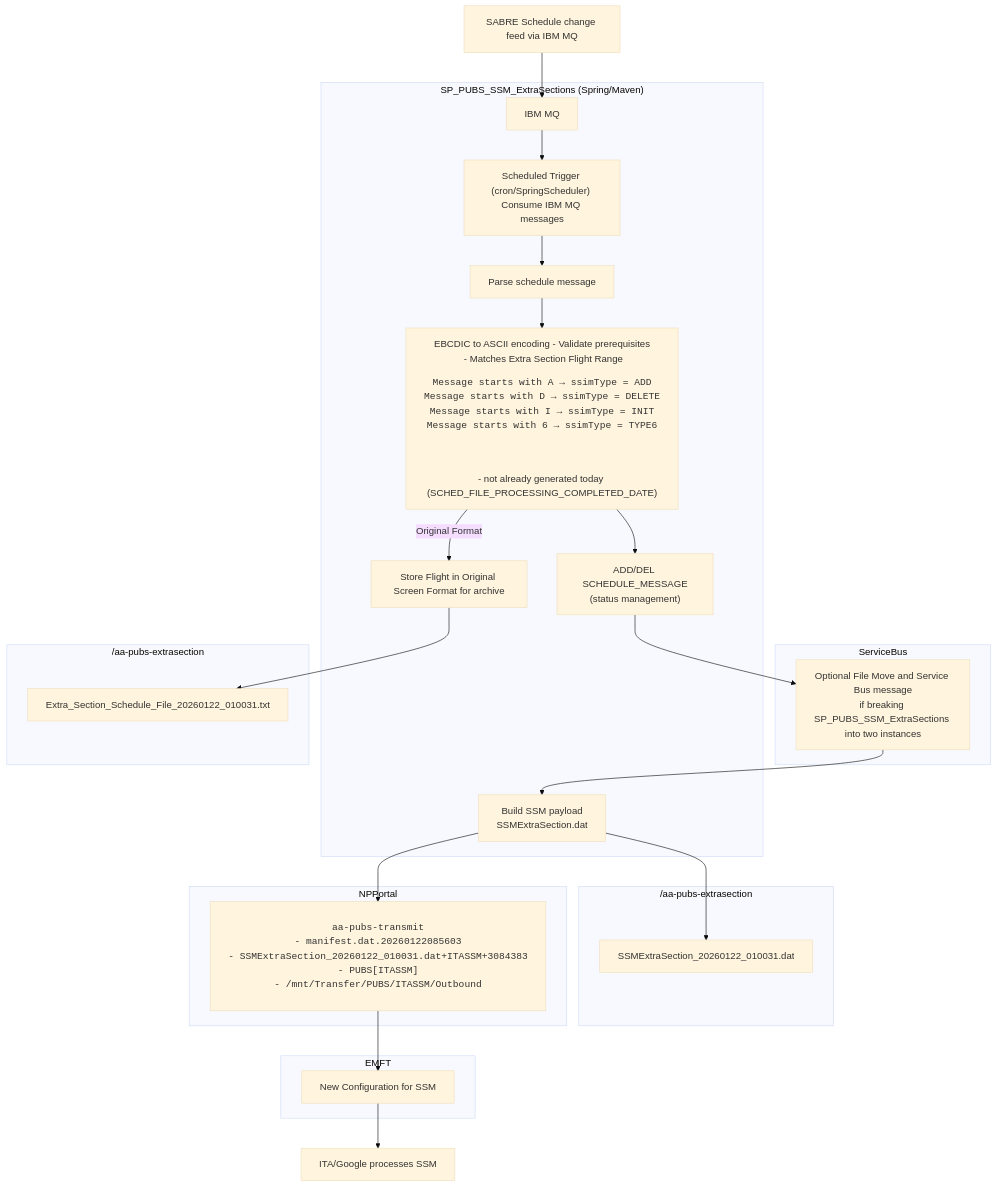
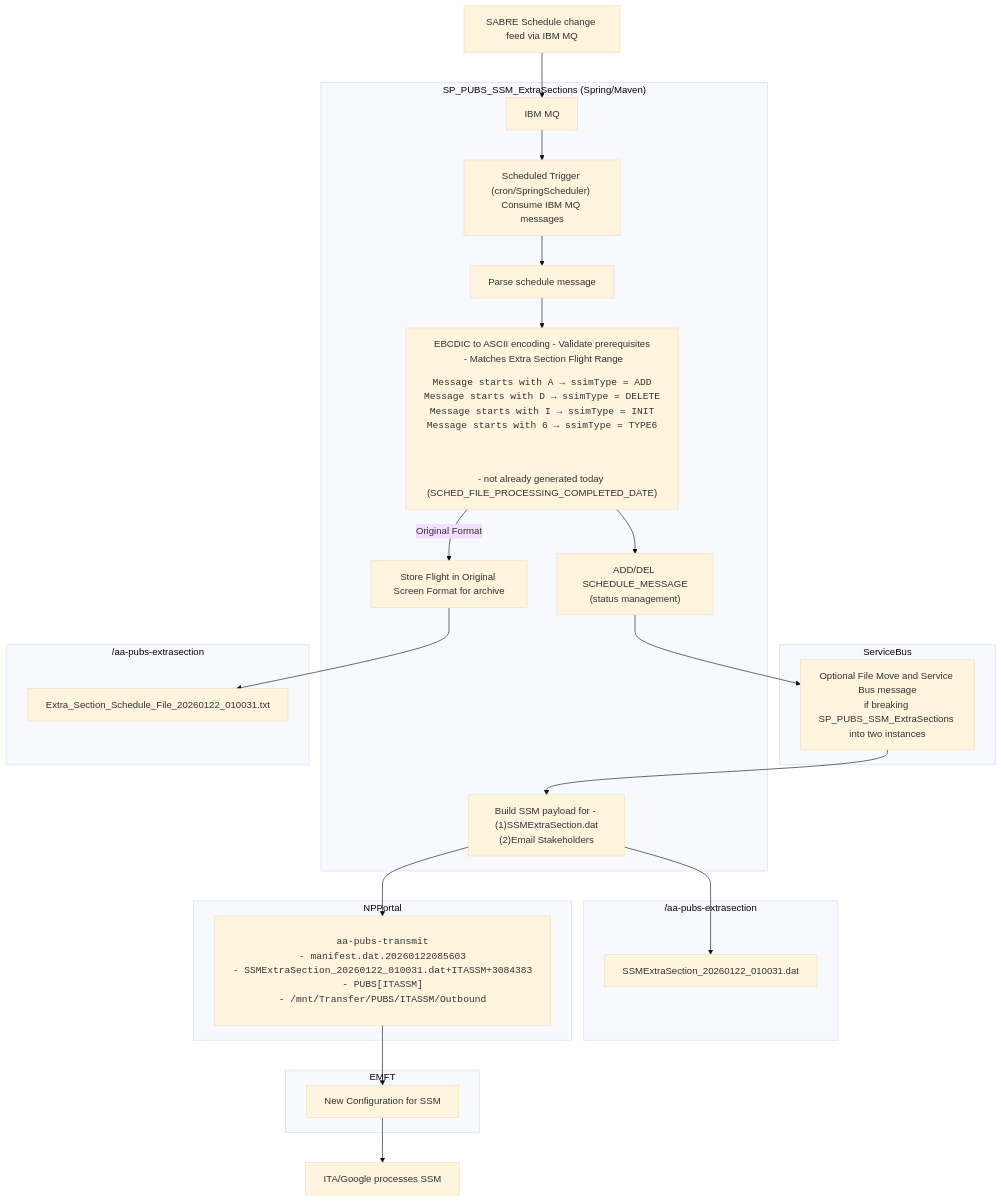
The diagram in README.md (GarrenBagley366/SP_PUBS_SSM_ExtraSections), drawn with Mermaid (base theme) before and after one commit.

````diff
--- a/README.md
+++ b/README.md
@@ -18,65 +18,65 @@
 ```mermaid
 flowchart TD
   %% Sources
   SABRE["SABRE Schedule change feed via IBM MQ"] --> MQ["IBM MQ"]
 
   %% Generator
   subgraph GEN["SP_PUBS_SSM_ExtraSections (Spring/Maven)"]
     MQ --> G1["Scheduled Trigger (cron/SpringScheduler) Consume IBM MQ messages"]
     G1 --> G2["Parse schedule message"]
     click G2 href "https://github.com/AAInternal/FltInvhub_Schedule_FileProcessor/wiki/File-Processor-Business-Rules"
 G2 --> G2A["EBCDIC to ASCII encoding<br\> - <br\>Validate prerequisites<br/> - Matches Extra Section Flight Range
 <pre>
 Message starts with A → ssimType = ADD
 Message starts with D → ssimType = DELETE
 Message starts with I → ssimType = INIT
 Message starts with 6 → ssimType = TYPE6
 </pre><br/>
 - not already generated today (SCHED_FILE_PROCESSING_COMPLETED_DATE)<br/>"]
     G2A --> G3["ADD/DEL SCHEDULE_MESSAGE<br/>(status management)"]
     G2A -->|Original Format| G4["Store Flight in Original Screen Format for archive<br/>"]
     
-     G8["Build SSM payload<br/> SSMExtraSection.dat"]
+     G8["Build SSM payload for - <br/> (1)SSMExtraSection.dat<br\> (2)Email Stakeholders"]
   end
 
   %% Message Bus
   subgraph ServiceBus
     SB["Optional File Move and Service Bus message<br>if breaking SP_PUBS_SSM_ExtraSections into two instances "]
   end
 
   subgraph DIR["/aa-pubs-extrasection"]
     FA["Extra_Section_Schedule_File_20260122_010031.txt"]
   end
 
   subgraph DIRT["/aa-pubs-extrasection"]
     FB["SSMExtraSection_20260122_010031.dat"]
   end
 
   %% Message Bus
   subgraph NPPortal
     FT["<pre>aa-pubs-transmit
 - manifest.dat.20260122085603
 - SSMExtraSection_20260122_010031.dat+ITASSM+3084383
 - PUBS[ITASSM]
 - /mnt/Transfer/PUBS/ITASSM/Outbound</pre> "]
   end
 
   %% Consumer Application Nodes
   subgraph EMFT
     C1["New Configuration for SSM"]
 
   end
 
   %% External system
   EXT["ITA/Google processes SSM"]
 
   %% Edges
   G3 --> SB
   G4 --> FA
   SB --> G8
   G8 --> FT
   G8 --> FB
   FT --> C1
   C1 --> EXT
 
 ```
````
